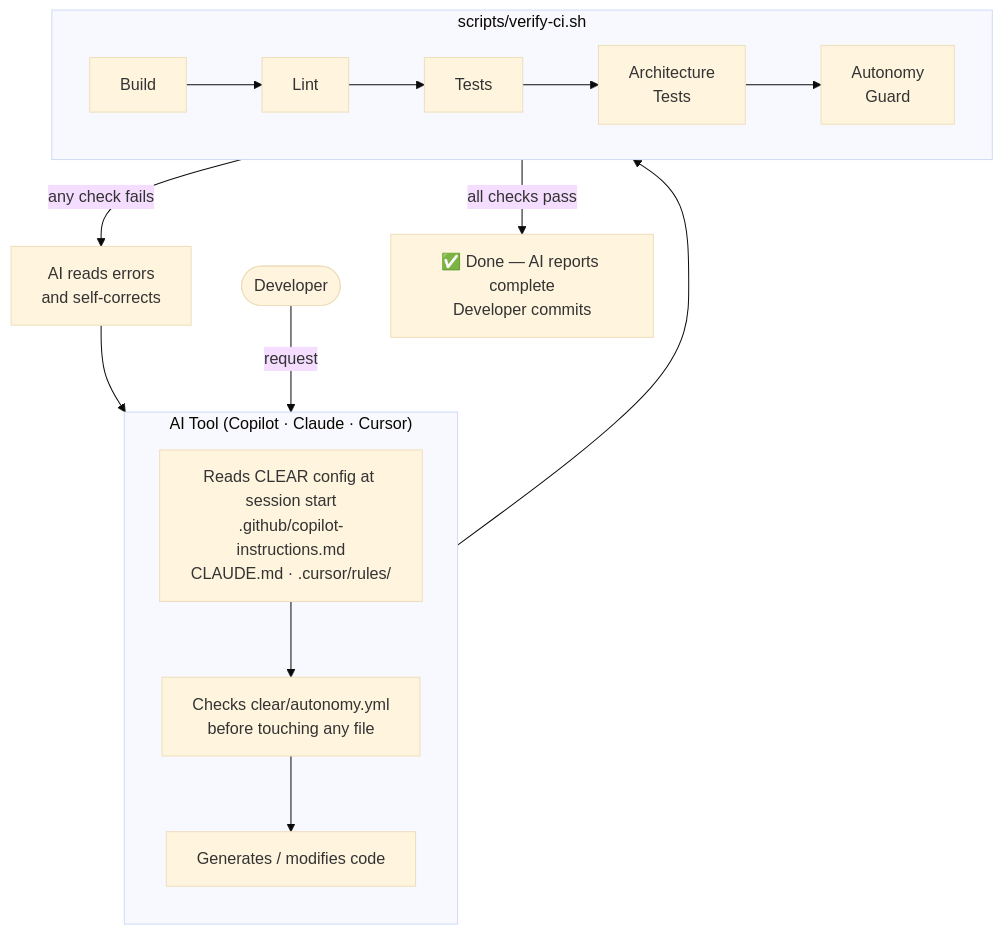
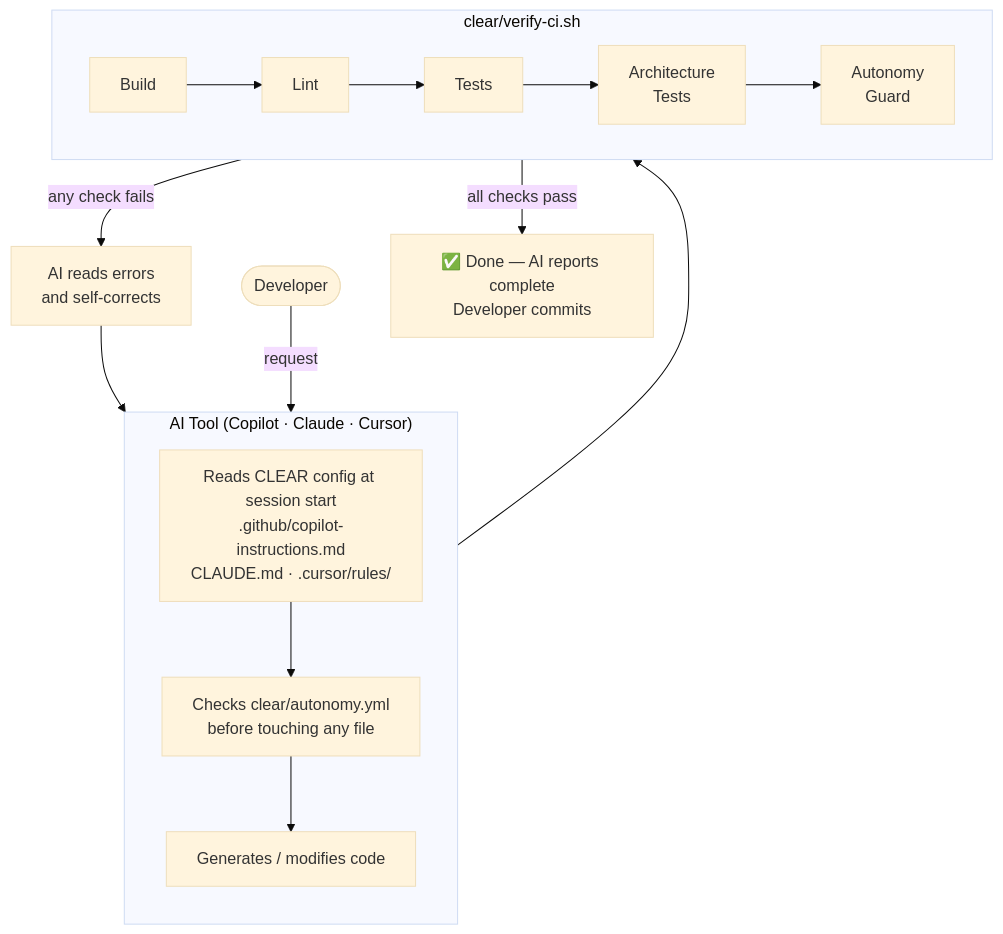
Before and after one commit to jketreno/clear: the diagram in README.md, drawn with Mermaid (base theme). The commit also changed other lines of this file and 2 other files, not shown here.

````diff
--- a/README.md
+++ b/README.md
@@ -77,23 +77,23 @@
 ```mermaid
 flowchart TD
     DEV([Developer]) -->|"request"| AI
 
     subgraph AI["AI Tool (Copilot · Claude · Cursor)"]
         direction TB
         CFG["Reads CLEAR config at session start<br/>.github/copilot-instructions.md<br/>CLAUDE.md · .cursor/rules/"]
         AUT["Checks clear/autonomy.yml<br/>before touching any file"]
         GEN["Generates / modifies code"]
         CFG --> AUT --> GEN
     end
 
     GEN --> VCI
 
-    subgraph VCI["scripts/verify-ci.sh"]
+    subgraph VCI["clear/verify-ci.sh"]
         direction LR
         B[Build] --> L[Lint] --> T[Tests] --> A["Architecture<br/>Tests"] --> G["Autonomy<br/>Guard"]
     end
 
     VCI -->|"any check fails"| FIX["AI reads errors<br/>and self-corrects"]
     FIX --> GEN
     VCI -->|"all checks pass"| DONE["✅ Done — AI reports complete<br/>Developer commits"]
 ```
````
